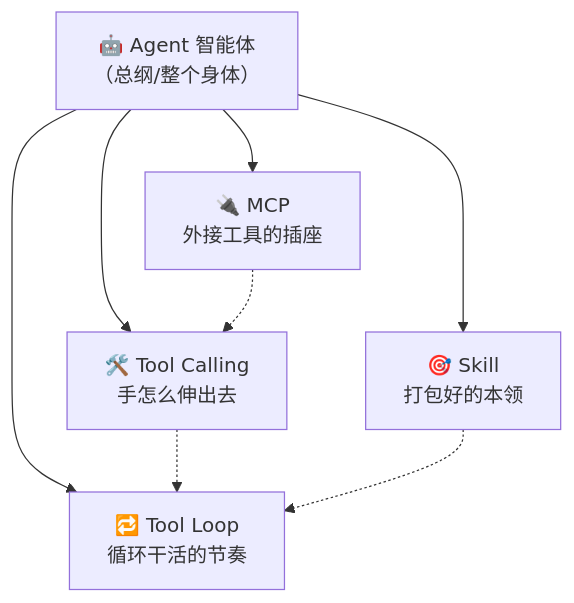
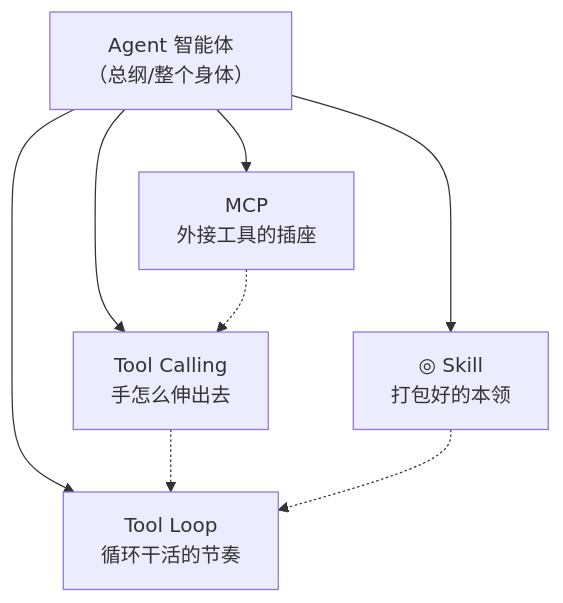
Before and after one commit to luckykhy/KhyAiHub: the fifth of 5 diagrams in docs/02_CONCEPTS_概念入门/CONCEPT/[CONCEPT-01] 什么是Agent-智能体.md, drawn with Mermaid. The commit also changed other lines of this file and 19 other files, not shown here.

````diff
--- a/docs/02_CONCEPTS_概念入门/CONCEPT/[CONCEPT-01] 什么是Agent-智能体.md
+++ b/docs/02_CONCEPTS_概念入门/CONCEPT/[CONCEPT-01] 什么是Agent-智能体.md
@@ -306,11 +306,11 @@
 ```mermaid
 flowchart TB
-  A["🤖 Agent 智能体<br/>（总纲/整个身体）"]
-  A --> TC["🛠️ Tool Calling<br/>手怎么伸出去"]
-  A --> TL["🔁 Tool Loop<br/>循环干活的节奏"]
-  A --> MCP["🔌 MCP<br/>外接工具的插座"]
-  A --> SK["🎯 Skill<br/>打包好的本领"]
+  A["Agent 智能体<br/>（总纲/整个身体）"]
+  A --> TC["Tool Calling<br/>手怎么伸出去"]
+  A --> TL["Tool Loop<br/>循环干活的节奏"]
+  A --> MCP["MCP<br/>外接工具的插座"]
+  A --> SK["◎ Skill<br/>打包好的本领"]
   TC -.-> TL
   MCP -.-> TC
   SK -.-> TL
 ```
````
